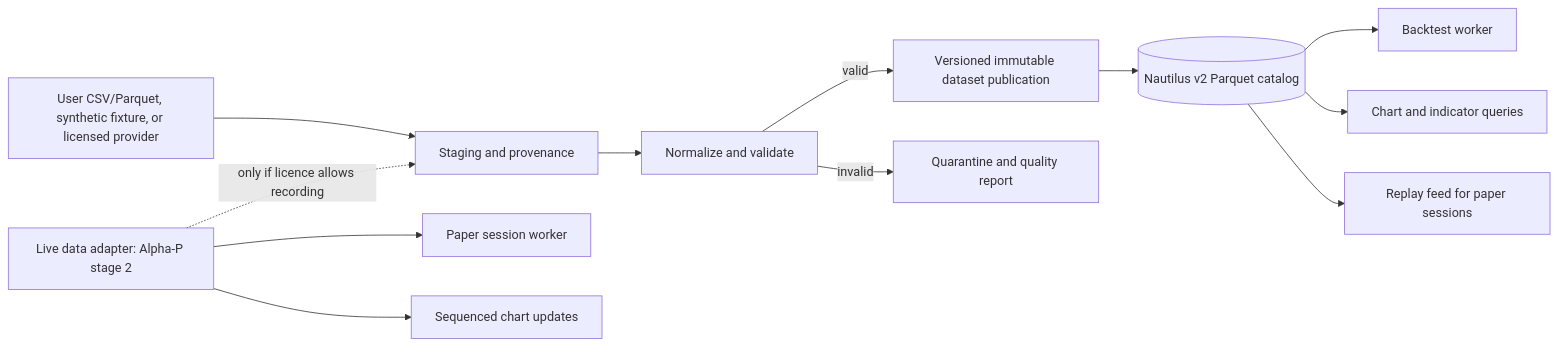
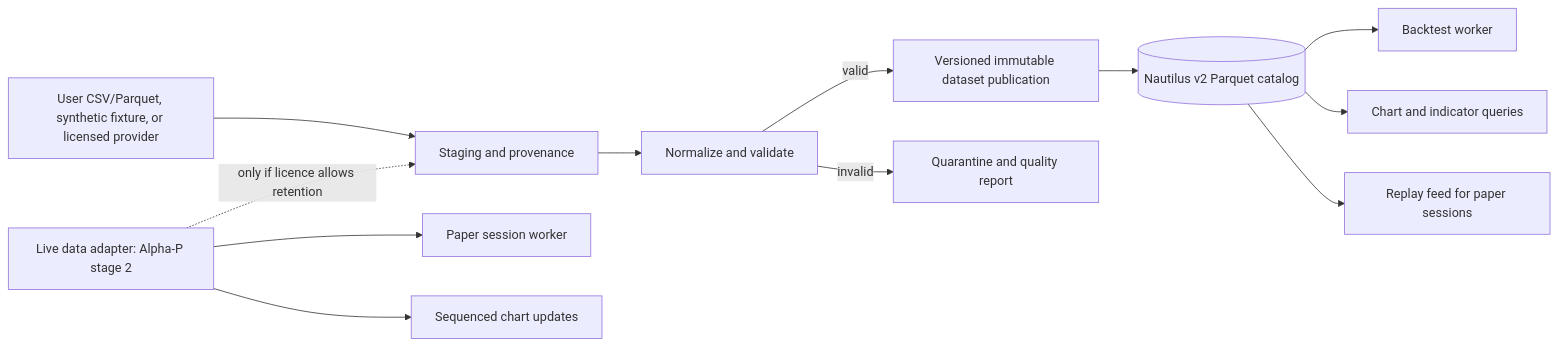
One commit to njdaniel/clipper-terminal changed the second of 3 diagrams in docs/architecture/overview.md. Above: the diagram before and after it, drawn with Mermaid. The commit also changed other lines of this file and 6 other files, not shown here.

````diff
--- a/docs/architecture/overview.md
+++ b/docs/architecture/overview.md
@@ -311,14 +348,14 @@
 ```mermaid
 flowchart LR
   SRC[User CSV/Parquet, synthetic fixture, or licensed provider] --> RAW[Staging and provenance]
   RAW --> V[Normalize and validate]
   V -->|valid| PUB[Versioned immutable dataset publication]
   V -->|invalid| Q[Quarantine and quality report]
   PUB --> CAT[(Nautilus v2 Parquet catalog)]
   CAT --> BT[Backtest worker]
   CAT --> READ[Chart and indicator queries]
   CAT --> REPLAY[Replay feed for paper sessions]
   LIVE[Live data adapter: Alpha-P stage 2] --> PW[Paper session worker]
   LIVE --> STREAM[Sequenced chart updates]
-  LIVE -.->|only if licence allows recording| RAW
+  LIVE -.->|only if licence allows retention| RAW
 ```
````
